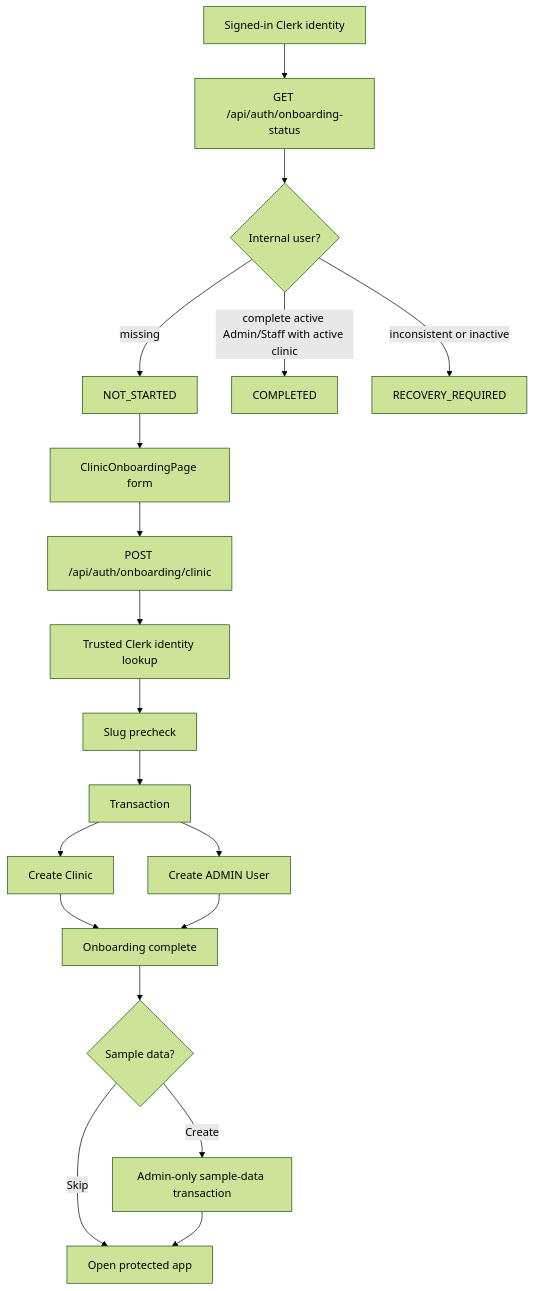
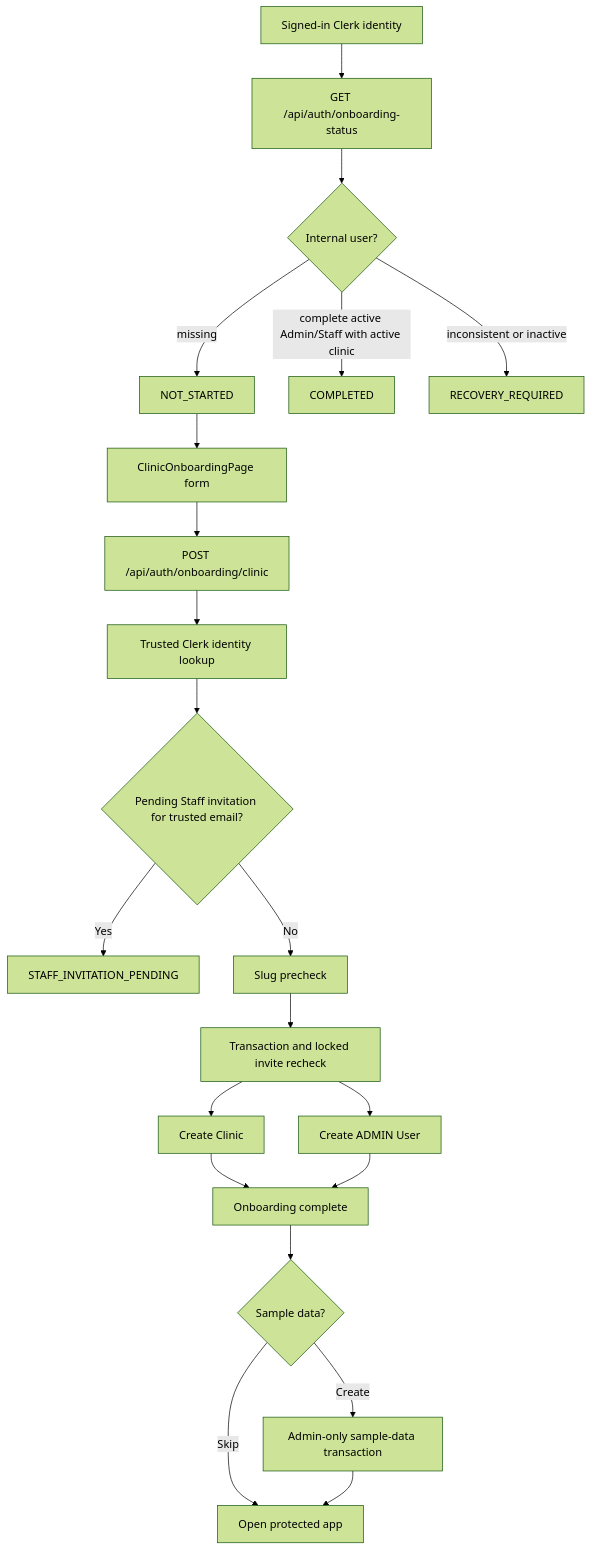
Before and after one commit to garvitsingh171/pravaah: the diagram in docs/workflows/onboarding-and-clinic-provisioning.md, drawn with Mermaid (forest theme). The commit also changed other lines of this file and 63 other files, not shown here.

Commit message:
feat(auth): add staff invitation and management workflow

````diff
--- a/docs/workflows/onboarding-and-clinic-provisioning.md
+++ b/docs/workflows/onboarding-and-clinic-provisioning.md
@@ -175,21 +184,23 @@
 ```mermaid
 flowchart TD
     A[Signed-in Clerk identity] --> B[GET /api/auth/onboarding-status]
     B --> C{Internal user?}
     C -->|missing| D[NOT_STARTED]
     C -->|complete active Admin/Staff with active clinic| E[COMPLETED]
     C -->|inconsistent or inactive| F[RECOVERY_REQUIRED]
     D --> G[ClinicOnboardingPage form]
     G --> H[POST /api/auth/onboarding/clinic]
     H --> I[Trusted Clerk identity lookup]
-    I --> J[Slug precheck]
-    J --> K[Transaction]
+    I --> J{Pending Staff invitation for trusted email?}
+    J -->|Yes| R[STAFF_INVITATION_PENDING]
+    J -->|No| S[Slug precheck]
+    S --> K[Transaction and locked invite recheck]
     K --> L[Create Clinic]
     K --> M[Create ADMIN User]
     L --> N[Onboarding complete]
     M --> N
     N --> O{Sample data?}
     O -->|Skip| P[Open protected app]
     O -->|Create| Q[Admin-only sample-data transaction]
     Q --> P
 ```
````
